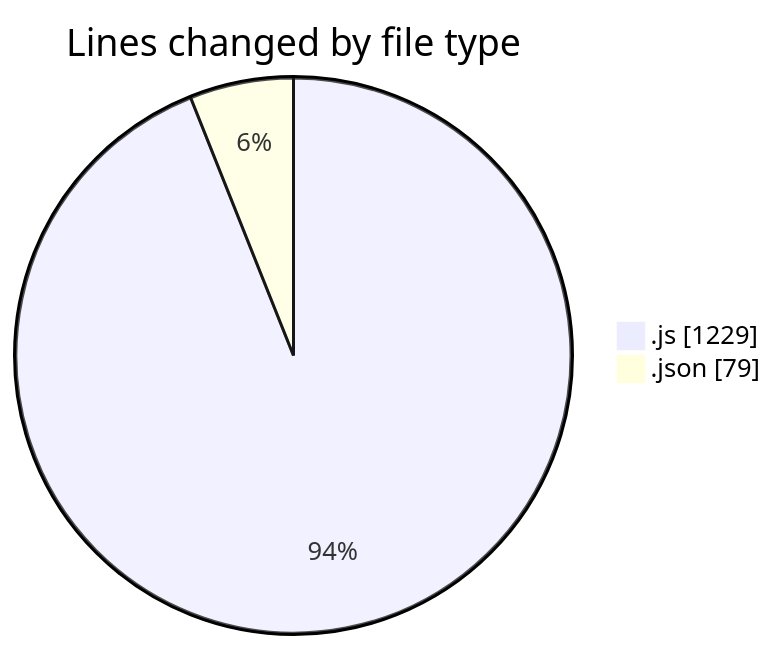
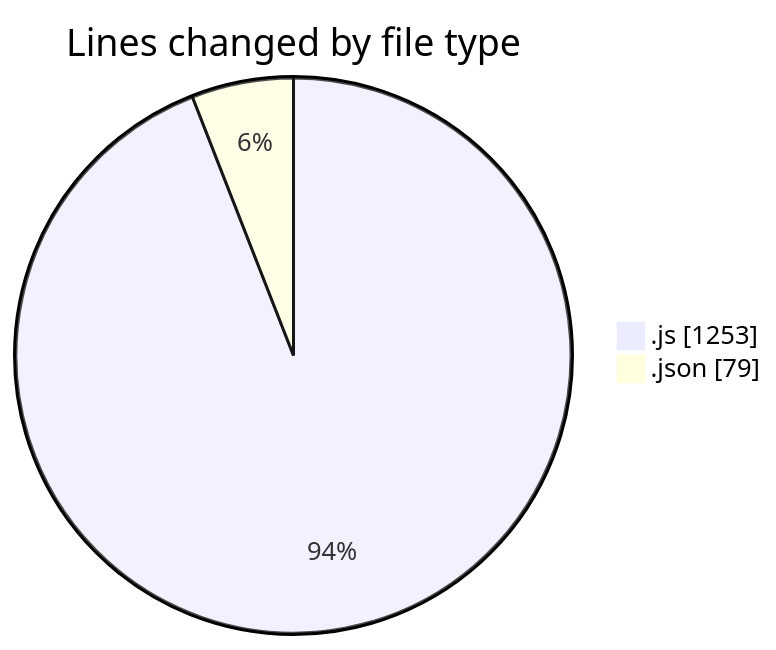
The first of 2 diagrams in 2025-01-31/cda/README.md (momahboobian/code-tracking), drawn with Mermaid before and after one commit. The commit also changed other lines of this file and 1 other file, not shown here.

````diff
--- a/2025-01-31/cda/README.md
+++ b/2025-01-31/cda/README.md
@@ -27,6 +27,6 @@
 ```mermaid
 pie showData
 title Lines changed by file type
-".js" : 1229
+".js" : 1253
 ".json" : 79
 ```
````
